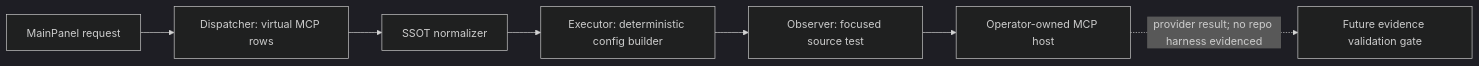
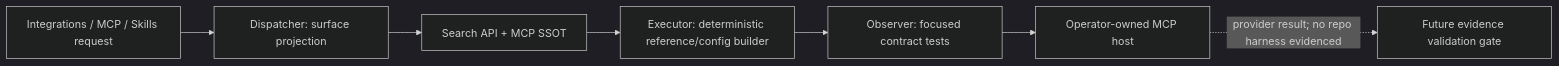
One commit to huijoohwee/agentic-graph changed the first of 2 diagrams in docs/documents/knowgrph-mcp/knowgrph-exa-mcp-prd-tad.md. Above: the diagram before and after it, drawn with Mermaid (dark theme). The commit also changed other lines of this file and 15 other files, not shown here.

Commit message:
feat(exa): project coding-agent search contract

````diff
--- a/docs/documents/knowgrph-mcp/knowgrph-exa-mcp-prd-tad.md
+++ b/docs/documents/knowgrph-mcp/knowgrph-exa-mcp-prd-tad.md
@@ -173,9 +187,9 @@
 ```mermaid
 flowchart LR
-    A["MainPanel request"] --> B["Dispatcher: virtual MCP rows"]
-    B --> C["SSOT normalizer"]
-    C --> D["Executor: deterministic config builder"]
-    D --> E["Observer: focused source test"]
+    A["Integrations / MCP / Skills request"] --> B["Dispatcher: surface projection"]
+    B --> C["Search API + MCP SSOT"]
+    C --> D["Executor: deterministic reference/config builder"]
+    D --> E["Observer: focused contract tests"]
     E --> F["Operator-owned MCP host"]
     F -. "provider result; no repo harness evidenced" .-> G["Future evidence validation gate"]
 ```
````
